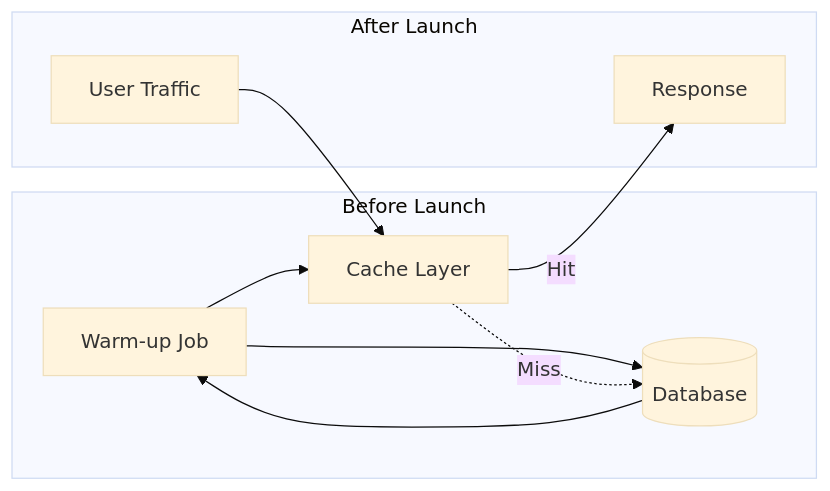
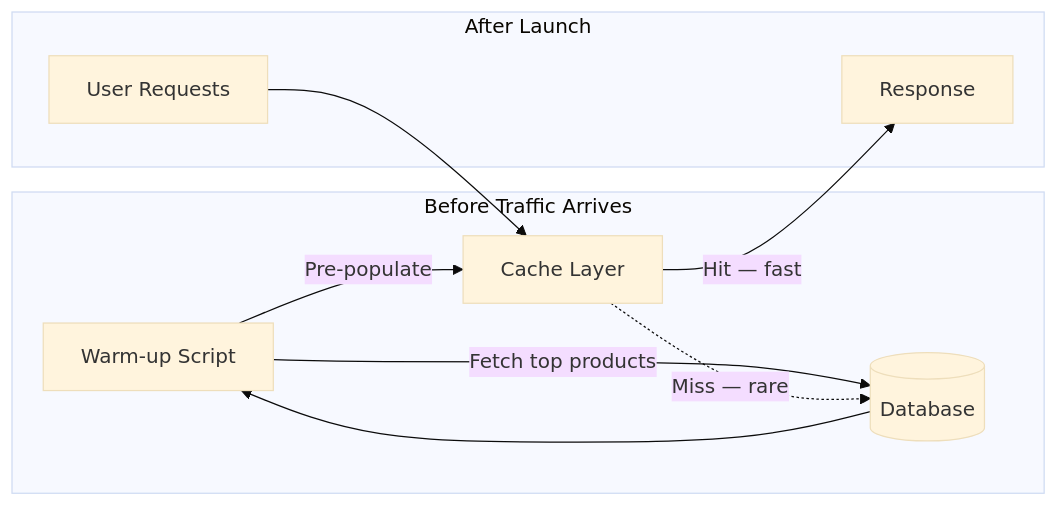
The sixth of 7 diagrams in content/posts/39-caching-strategies.md (g-savitha/portfolio), drawn with Mermaid (base theme) before and after one commit. The commit also changed other lines of this file, not shown here.

````diff
--- a/content/posts/39-caching-strategies.md
+++ b/content/posts/39-caching-strategies.md
@@ -185,14 +344,14 @@
 ```mermaid
 flowchart LR
-    subgraph Before Launch
-        W[Warm-up Job] --> DB[(Database)]
+    subgraph Before Traffic Arrives
+        W[Warm-up Script] -->|Fetch top products| DB[(Database)]
         DB --> W
-        W --> C[Cache Layer]
+        W -->|Pre-populate| C[Cache Layer]
     end
 
     subgraph After Launch
-        U[User Traffic] --> C
-        C -->|Hit| R[Response]
-        C -.->|Miss| DB
+        U[User Requests] --> C
+        C -->|Hit — fast| R[Response]
+        C -.->|Miss — rare| DB
     end
 ```
````
